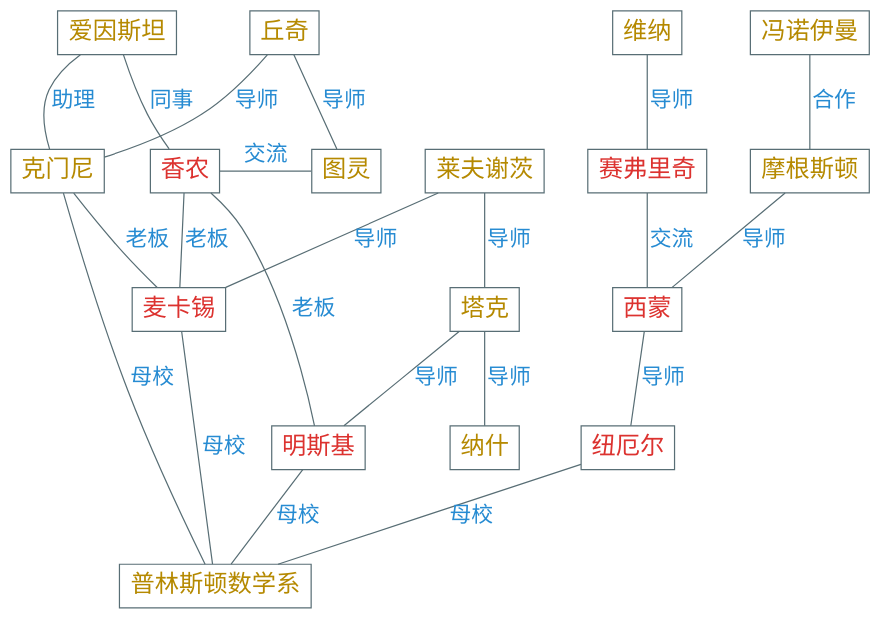
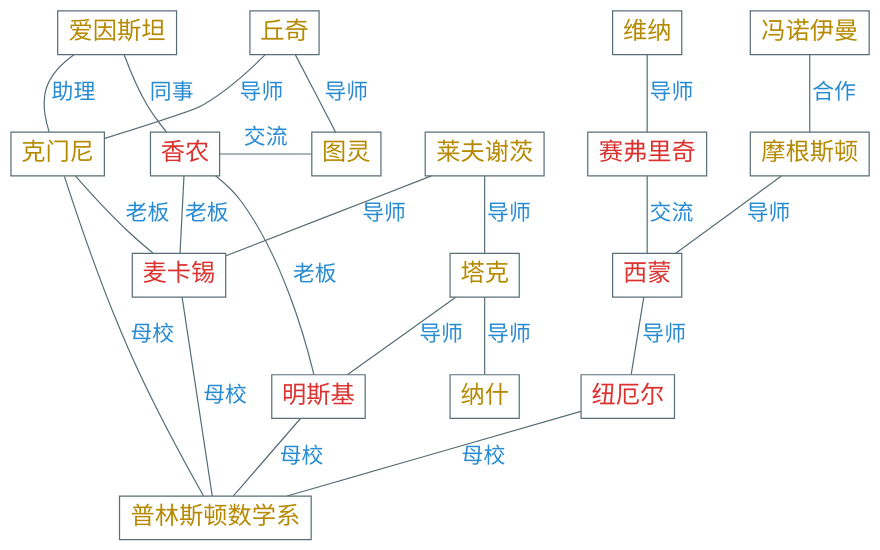
One commit to Avanti1980/course-ml changed the diagram in dot/dartmouth.dot. Above: the diagram before and after it, drawn with Graphviz. The commit also changed 23 other files, not shown here.

```diff
--- a/dot/dartmouth.dot
+++ b/dot/dartmouth.dot
@@ -1,55 +1,55 @@
 digraph g {
     size = 9;
-    graph [nodesep=0.5, ranksep=0.8]
+    graph [nodesep=0.5, ranksep=0.6]
     node [shape=box color="#586e75" fontname="Ysabeau,LXGWWenKai" fontcolor="#b58900" fontsize=20]
     edge [color="#586e75" fontname="Ysabeau,LXGWWenKai" fontcolor="#268bd2" fontsize=18 arrowsize=0.5 dir=none]
     bgcolor="transparent"
 
     丘奇 -> {克门尼,图灵} [label=" 导师"]
 
     爱因斯坦 -> 克门尼 [label=" 助理"]
 
     node [fontcolor="#dc322f"]
 
     爱因斯坦 -> 香农 [label=" 同事"]
 
     克门尼 -> 麦卡锡 [label=" 老板"]
 
     node [fontcolor="#b58900"]
 
     {rank = same; 克门尼; 图灵; 香农}
 
     香农 -> 图灵 [label=" 交流"]
 
     莱夫谢茨 -> {麦卡锡,塔克} [label=" 导师"]
 
     塔克 -> 纳什 [label=" 导师"]
 
     维纳
 
     node [fontcolor="#dc322f"]
 
     塔克 -> 明斯基 [label=" 导师"]
 
     维纳 -> 赛弗里奇 [label=" 导师"]
 
     node [fontcolor="#b58900"]
 
     冯诺伊曼 -> 摩根斯顿 [label=" 合作"]
 
     {rank = same; 维纳; 冯诺伊曼; 丘奇; 爱因斯坦}
 
     普林斯顿数学系
 
     node [fontcolor="#dc322f"]
 
     摩根斯顿 -> 西蒙 [label=" 导师"]
 
     西蒙 -> 纽厄尔 [label=" 导师"]
 
     香农 -> {麦卡锡,明斯基} [label=" 老板"]
 
     赛弗里奇 -> 西蒙 [label=" 交流"]
 
     {克门尼,麦卡锡,明斯基,纽厄尔} -> 普林斯顿数学系 [label=" 母校"]
 }
```
